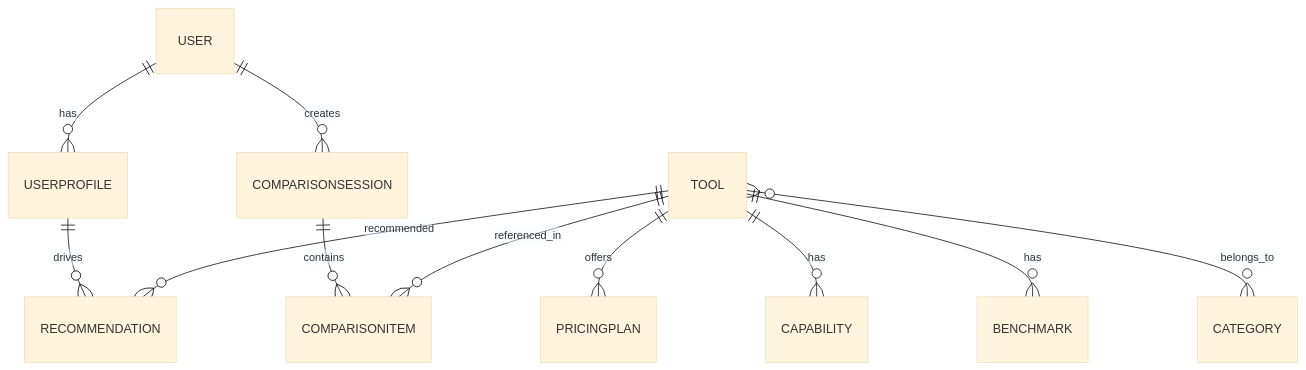
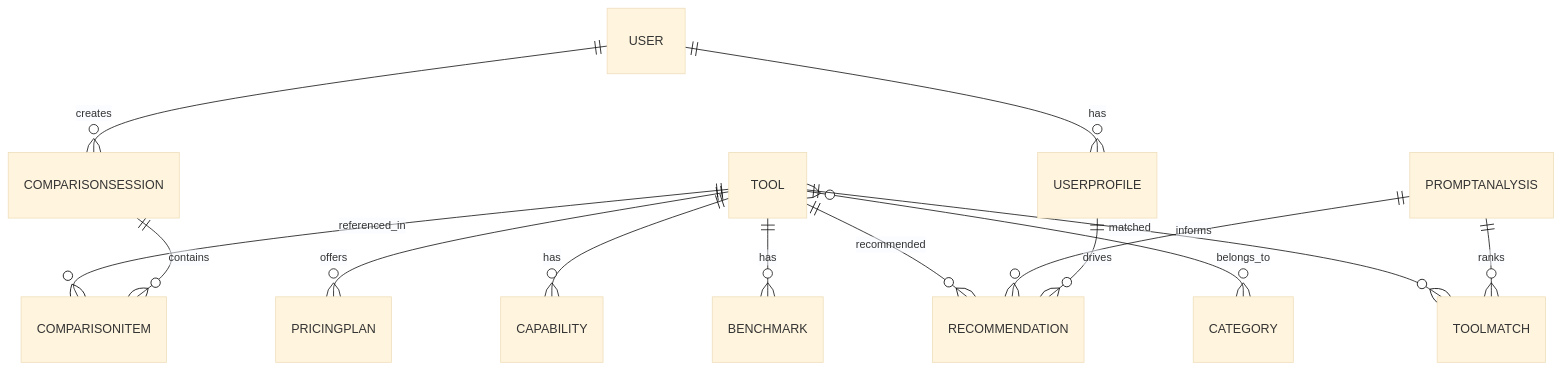
Before and after one commit to albherna/ai-compare-hub: the diagram in specs/domain-model.md, drawn with Mermaid (base theme). The commit also changed other lines of this file and 19 other files, not shown here.

````diff
--- a/specs/domain-model.md
+++ b/specs/domain-model.md
@@ -183,13 +214,16 @@
 ```mermaid
 erDiagram
     USER ||--o{ USERPROFILE : has
     USER ||--o{ COMPARISONSESSION : creates
     COMPARISONSESSION ||--o{ COMPARISONITEM : contains
     TOOL ||--o{ COMPARISONITEM : referenced_in
     TOOL ||--o{ PRICINGPLAN : offers
     TOOL ||--o{ CAPABILITY : has
     TOOL ||--o{ BENCHMARK : has
     TOOL }o--o{ CATEGORY : belongs_to
     USERPROFILE ||--o{ RECOMMENDATION : drives
+    PROMPTANALYSIS ||--o{ RECOMMENDATION : informs
+    PROMPTANALYSIS ||--o{ TOOLMATCH : ranks
+    TOOL ||--o{ TOOLMATCH : matched
     TOOL ||--o{ RECOMMENDATION : recommended
 ```
````
